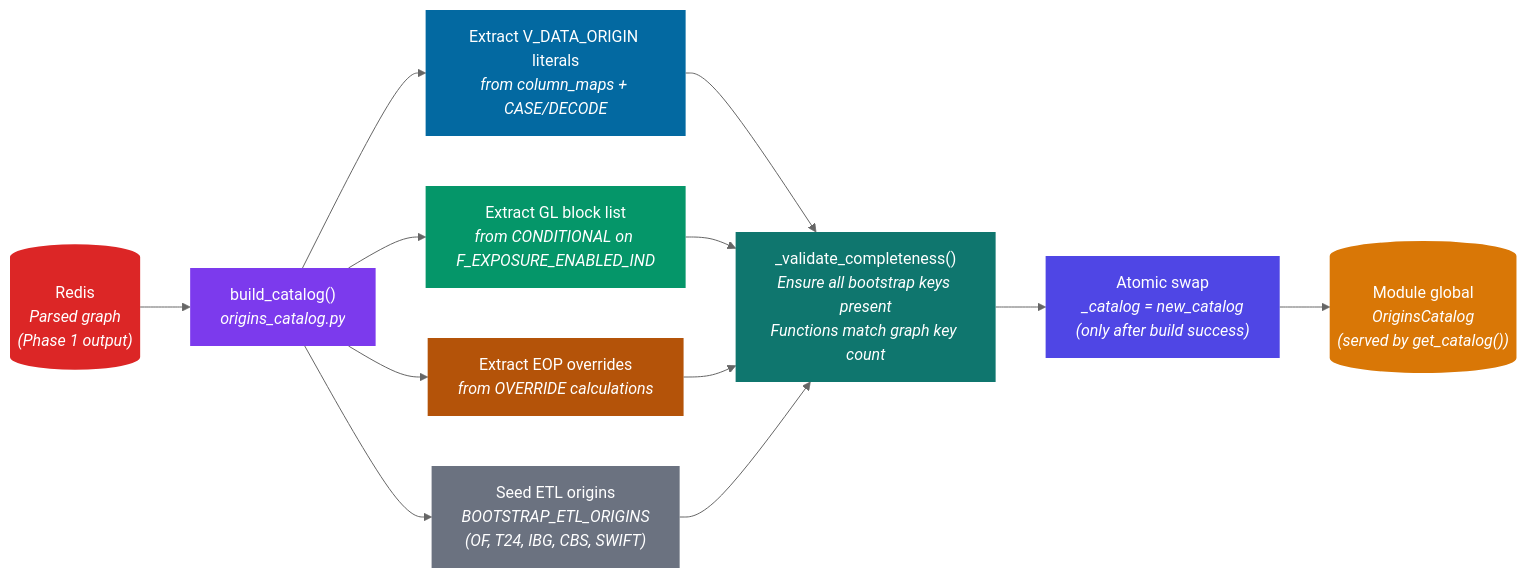
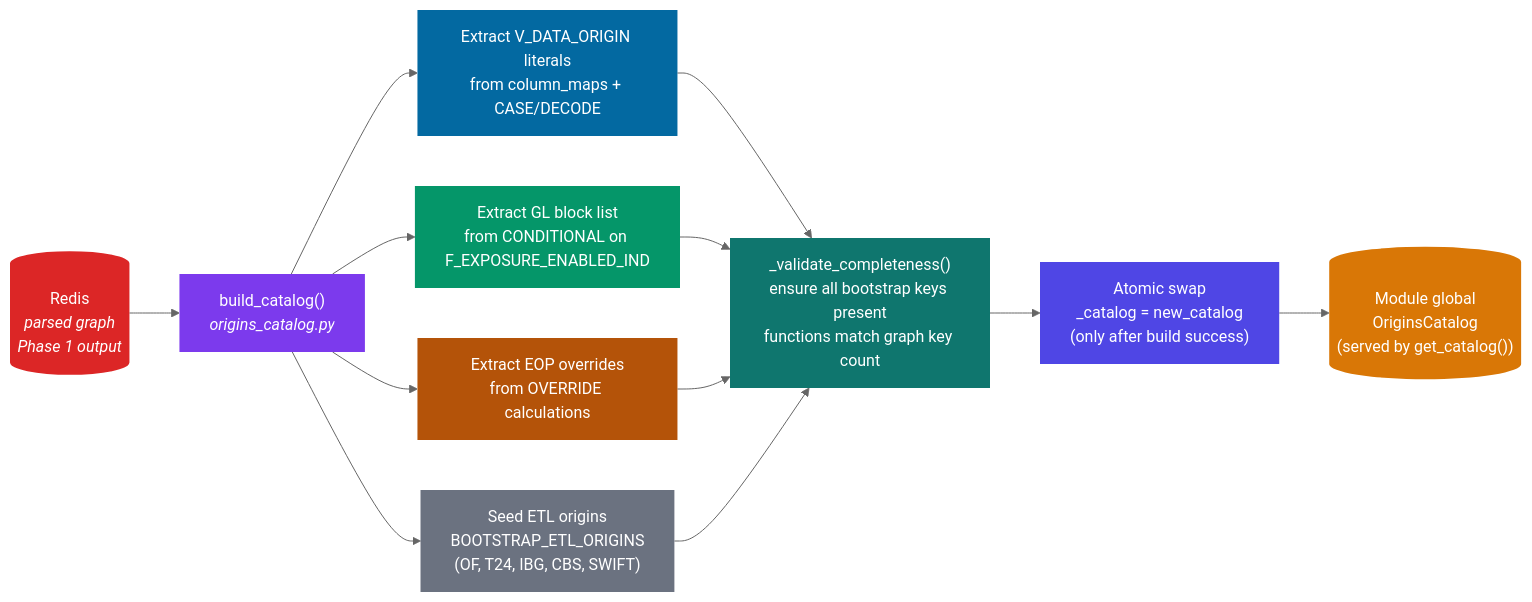
The seventh of 9 diagrams in README.md (OsamaAdeel/R-TIE), drawn with Mermaid (neutral theme) before and after one commit. The commit also changed other lines of this file, not shown here.

````diff
--- a/README.md
+++ b/README.md
@@ -476,33 +617,33 @@
 ```mermaid
 flowchart LR
-    G[("Redis<br/><i>Parsed graph<br/>(Phase 1 output)</i>")]
+    G[("Redis<br/><i>parsed graph<br/>Phase 1 output</i>")]
     CB["build_catalog()<br/><i>origins_catalog.py</i>"]
 
-    E1["Extract V_DATA_ORIGIN literals<br/><i>from column_maps + CASE/DECODE</i>"]
-    E2["Extract GL block list<br/><i>from CONDITIONAL on F_EXPOSURE_ENABLED_IND</i>"]
-    E3["Extract EOP overrides<br/><i>from OVERRIDE calculations</i>"]
-    E4["Seed ETL origins<br/><i>BOOTSTRAP_ETL_ORIGINS<br/>(OF, T24, IBG, CBS, SWIFT)</i>"]
+    E1["Extract V_DATA_ORIGIN literals<br/>from column_maps + CASE/DECODE"]
+    E2["Extract GL block list<br/>from CONDITIONAL on F_EXPOSURE_ENABLED_IND"]
+    E3["Extract EOP overrides<br/>from OVERRIDE calculations"]
+    E4["Seed ETL origins<br/>BOOTSTRAP_ETL_ORIGINS<br/>(OF, T24, IBG, CBS, SWIFT)"]
 
-    V["_validate_completeness()<br/><i>Ensure all bootstrap keys present<br/>Functions match graph key count</i>"]
+    V["_validate_completeness()<br/>ensure all bootstrap keys present<br/>functions match graph key count"]
 
-    SW["Atomic swap<br/><i>_catalog = new_catalog<br/>(only after build success)</i>"]
+    SW["Atomic swap<br/>_catalog = new_catalog<br/>(only after build success)"]
 
-    C[("Module global<br/><i>OriginsCatalog<br/>(served by get_catalog())</i>")]
+    C[("Module global<br/>OriginsCatalog<br/>(served by get_catalog())")]
 
     G --> CB
     CB --> E1 --> V
     CB --> E2 --> V
     CB --> E3 --> V
     CB --> E4 --> V
     V --> SW --> C
 
     style G fill:#dc2626,color:#fff,stroke:none
     style CB fill:#7c3aed,color:#fff,stroke:none
     style E1 fill:#0369a1,color:#fff,stroke:none
     style E2 fill:#059669,color:#fff,stroke:none
     style E3 fill:#b45309,color:#fff,stroke:none
     style E4 fill:#6b7280,color:#fff,stroke:none
     style V fill:#0f766e,color:#fff,stroke:none
     style SW fill:#4f46e5,color:#fff,stroke:none
     style C fill:#d97706,color:#fff,stroke:none
 ```
````
